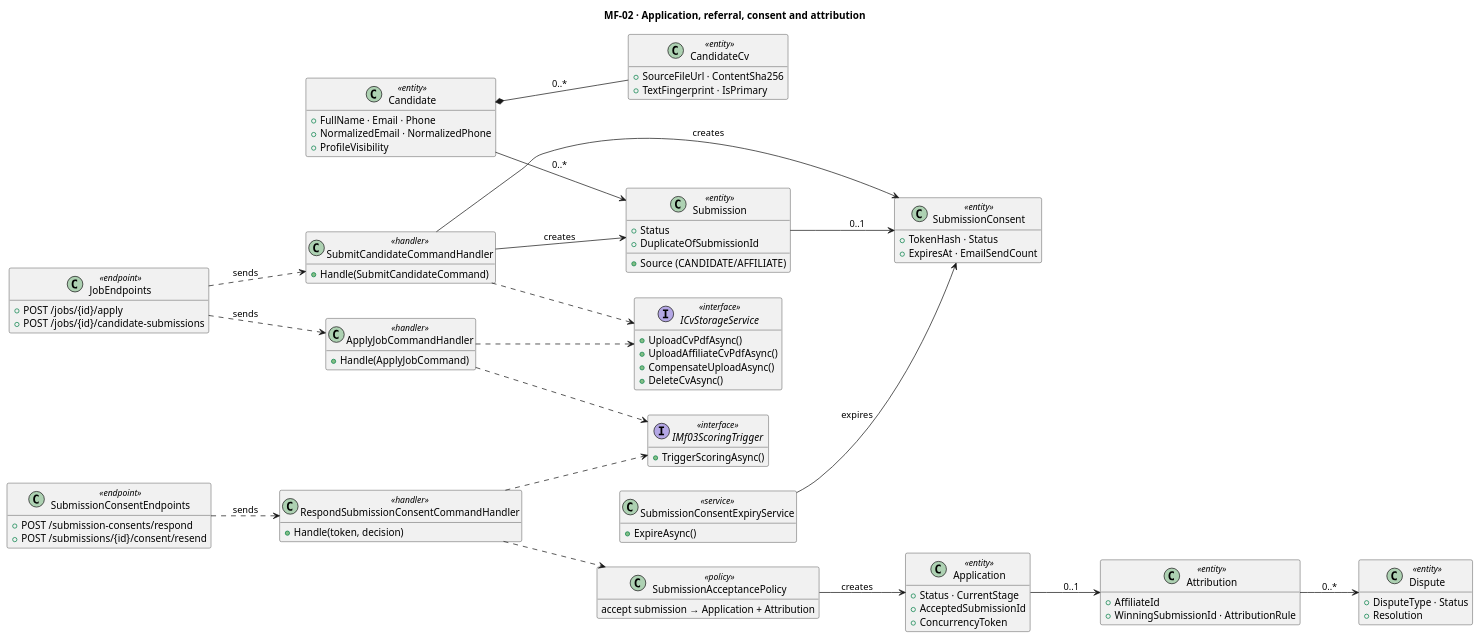
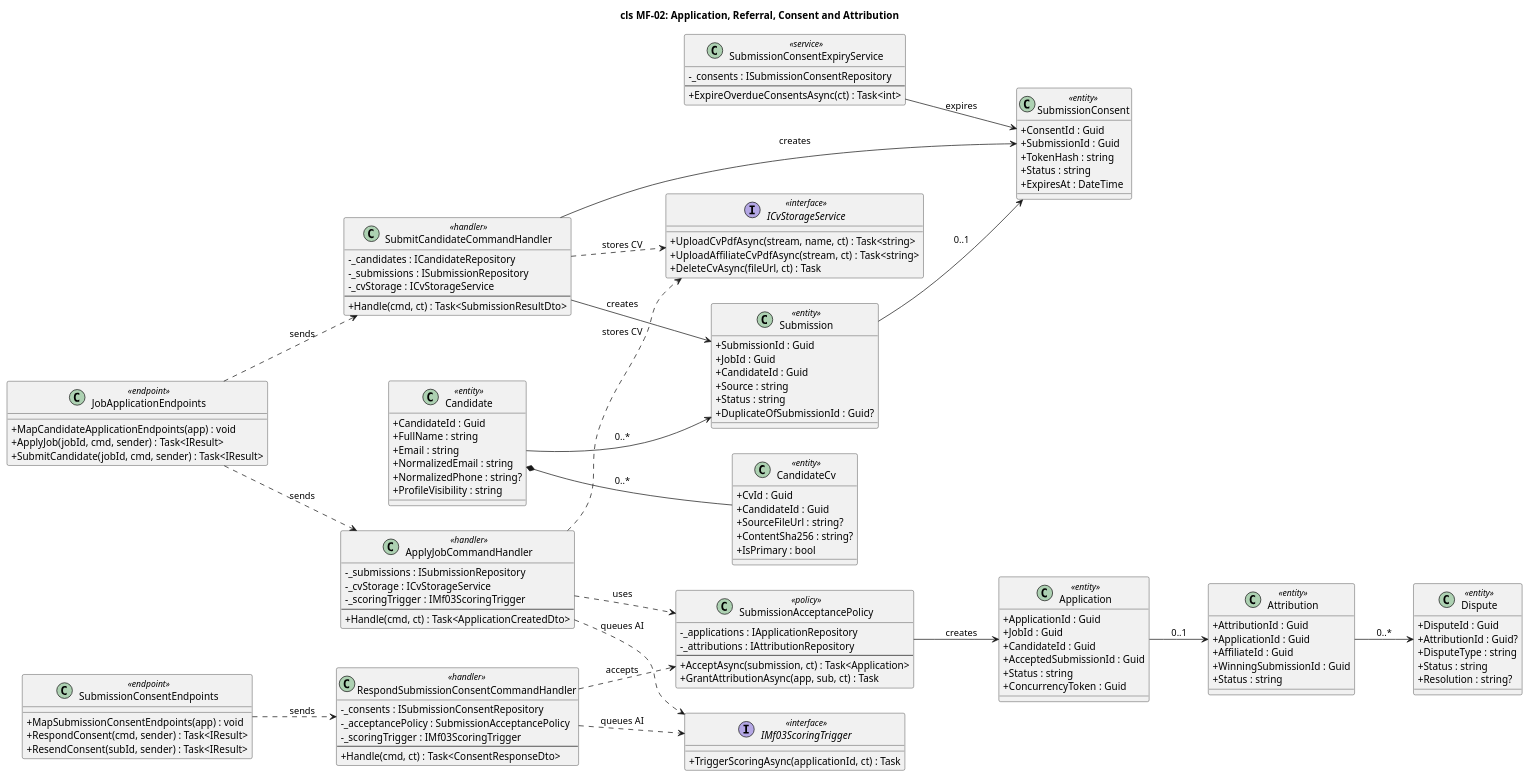
The diagram in docs/diagrams/classes/source/cls-mf02-submission.puml (hoangqui794/hr-connect), drawn with PlantUML before and after one commit. The commit also changed 157 other files, not shown here.

Commit message:
feat: add system architecture diagrams and documentation sources

```diff
--- a/docs/diagrams/classes/source/cls-mf02-submission.puml
+++ b/docs/diagrams/classes/source/cls-mf02-submission.puml
@@ -1,85 +1,126 @@
 @startuml cls-mf02-submission
-title MF-02 · Application, referral, consent and attribution
+title cls MF-02: Application, Referral, Consent and Attribution
 left to right direction
-hide empty members
-class JobEndpoints <<endpoint>> {
-  +POST /jobs/{id}/apply
-  +POST /jobs/{id}/candidate-submissions
+skinparam classAttributeIconSize 0
+class JobApplicationEndpoints <<endpoint>> {
+  + MapCandidateApplicationEndpoints(app) : void
+  + ApplyJob(jobId, cmd, sender) : Task<IResult>
+  + SubmitCandidate(jobId, cmd, sender) : Task<IResult>
 }
 class SubmissionConsentEndpoints <<endpoint>> {
-  +POST /submission-consents/respond
-  +POST /submissions/{id}/consent/resend
+  + MapSubmissionConsentEndpoints(app) : void
+  + RespondConsent(cmd, sender) : Task<IResult>
+  + ResendConsent(subId, sender) : Task<IResult>
 }
 class ApplyJobCommandHandler <<handler>> {
-  +Handle(ApplyJobCommand)
+  - _submissions : ISubmissionRepository
+  - _cvStorage : ICvStorageService
+  - _scoringTrigger : IMf03ScoringTrigger
+  --
+  + Handle(cmd, ct) : Task<ApplicationCreatedDto>
 }
 class SubmitCandidateCommandHandler <<handler>> {
-  +Handle(SubmitCandidateCommand)
+  - _candidates : ICandidateRepository
+  - _submissions : ISubmissionRepository
+  - _cvStorage : ICvStorageService
+  --
+  + Handle(cmd, ct) : Task<SubmissionResultDto>
 }
 class RespondSubmissionConsentCommandHandler <<handler>> {
-  +Handle(token, decision)
+  - _consents : ISubmissionConsentRepository
+  - _acceptancePolicy : SubmissionAcceptancePolicy
+  - _scoringTrigger : IMf03ScoringTrigger
+  --
+  + Handle(cmd, ct) : Task<ConsentResponseDto>
 }
 class SubmissionAcceptancePolicy <<policy>> {
-  accept submission → Application + Attribution
+  - _applications : IApplicationRepository
+  - _attributions : IAttributionRepository
+  --
+  + AcceptAsync(submission, ct) : Task<Application>
+  + GrantAttributionAsync(app, sub, ct) : Task
+}
+interface ICvStorageService <<interface>> {
+  + UploadCvPdfAsync(stream, name, ct) : Task<string>
+  + UploadAffiliateCvPdfAsync(stream, ct) : Task<string>
+  + DeleteCvAsync(fileUrl, ct) : Task
+}
+interface IMf03ScoringTrigger <<interface>> {
+  + TriggerScoringAsync(applicationId, ct) : Task
 }
 class SubmissionConsentExpiryService <<service>> {
-  +ExpireAsync()
-}
-interface ICvStorageService <<interface>> {
-  +UploadCvPdfAsync()
-  +UploadAffiliateCvPdfAsync()
-  +CompensateUploadAsync()
-  +DeleteCvAsync()
-}
-interface IMf03ScoringTrigger <<interface>> {
-  +TriggerScoringAsync()
+  - _consents : ISubmissionConsentRepository
+  --
+  + ExpireOverdueConsentsAsync(ct) : Task<int>
 }
 class Candidate <<entity>> {
-  +FullName · Email · Phone
-  +NormalizedEmail · NormalizedPhone
-  +ProfileVisibility
+  + CandidateId : Guid
+  + FullName : string
+  + Email : string
+  + NormalizedEmail : string
+  + NormalizedPhone : string?
+  + ProfileVisibility : string
 }
 class CandidateCv <<entity>> {
-  +SourceFileUrl · ContentSha256
-  +TextFingerprint · IsPrimary
+  + CvId : Guid
+  + CandidateId : Guid
+  + SourceFileUrl : string?
+  + ContentSha256 : string?
+  + IsPrimary : bool
 }
 class Submission <<entity>> {
-  +Source (CANDIDATE/AFFILIATE)
-  +Status
-  +DuplicateOfSubmissionId
+  + SubmissionId : Guid
+  + JobId : Guid
+  + CandidateId : Guid
+  + Source : string
+  + Status : string
+  + DuplicateOfSubmissionId : Guid?
 }
 class SubmissionConsent <<entity>> {
-  +TokenHash · Status
-  +ExpiresAt · EmailSendCount
+  + ConsentId : Guid
+  + SubmissionId : Guid
+  + TokenHash : string
+  + Status : string
+  + ExpiresAt : DateTime
 }
 class Application <<entity>> {
-  +Status · CurrentStage
-  +AcceptedSubmissionId
-  +ConcurrencyToken
+  + ApplicationId : Guid
+  + JobId : Guid
+  + CandidateId : Guid
+  + AcceptedSubmissionId : Guid
+  + Status : string
+  + ConcurrencyToken : Guid
 }
 class Attribution <<entity>> {
-  +AffiliateId
-  +WinningSubmissionId · AttributionRule
+  + AttributionId : Guid
+  + ApplicationId : Guid
+  + AffiliateId : Guid
+  + WinningSubmissionId : Guid
+  + Status : string
 }
 class Dispute <<entity>> {
-  +DisputeType · Status
-  +Resolution
+  + DisputeId : Guid
+  + AttributionId : Guid?
+  + DisputeType : string
+  + Status : string
+  + Resolution : string?
 }
-JobEndpoints ..> ApplyJobCommandHandler : sends
-JobEndpoints ..> SubmitCandidateCommandHandler : sends
+JobApplicationEndpoints ..> ApplyJobCommandHandler : sends
+JobApplicationEndpoints ..> SubmitCandidateCommandHandler : sends
 SubmissionConsentEndpoints ..> RespondSubmissionConsentCommandHandler : sends
-ApplyJobCommandHandler ..> ICvStorageService
-SubmitCandidateCommandHandler ..> ICvStorageService
-ApplyJobCommandHandler ..> IMf03ScoringTrigger
-RespondSubmissionConsentCommandHandler ..> SubmissionAcceptancePolicy
-RespondSubmissionConsentCommandHandler ..> IMf03ScoringTrigger
-SubmissionConsentExpiryService --> SubmissionConsent : expires
+ApplyJobCommandHandler ..> SubmissionAcceptancePolicy : uses
+ApplyJobCommandHandler ..> ICvStorageService : stores CV
+ApplyJobCommandHandler ..> IMf03ScoringTrigger : queues AI
+SubmitCandidateCommandHandler ..> ICvStorageService : stores CV
 SubmitCandidateCommandHandler --> Submission : creates
 SubmitCandidateCommandHandler --> SubmissionConsent : creates
+RespondSubmissionConsentCommandHandler ..> SubmissionAcceptancePolicy : accepts
+RespondSubmissionConsentCommandHandler ..> IMf03ScoringTrigger : queues AI
+SubmissionConsentExpiryService --> SubmissionConsent : expires
 Candidate *-- CandidateCv : 0..*
 Candidate --> Submission : 0..*
 Submission --> SubmissionConsent : 0..1
 SubmissionAcceptancePolicy --> Application : creates
 Application --> Attribution : 0..1
 Attribution --> Dispute : 0..*
 @enduml
```
